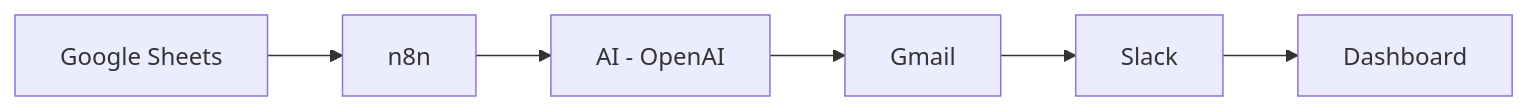
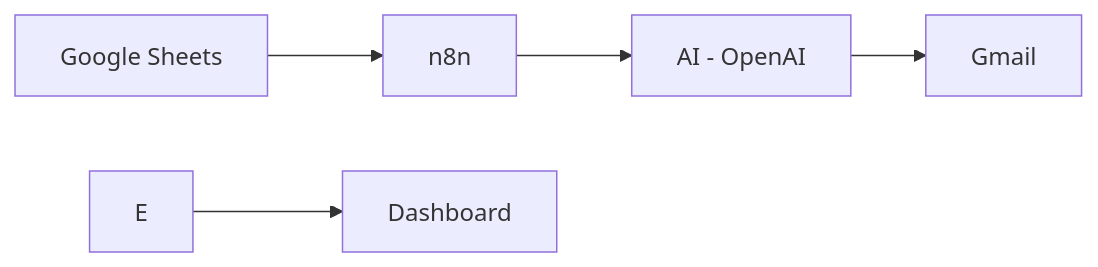
Before and after one commit to riteshkafle/ARFinancialDashboard: the diagram in README.md, drawn with Mermaid.

Commit message:
readme update
Removed Slack from the flowchart in the README.

````diff
--- a/README.md
+++ b/README.md
@@ -30,8 +30,7 @@
 ```mermaid
 flowchart LR
     A[Google Sheets] --> B[n8n]
     B --> C[AI - OpenAI]
     C --> D[Gmail]
-    D --> E[Slack]
     E --> F[Dashboard]
 ```
````
